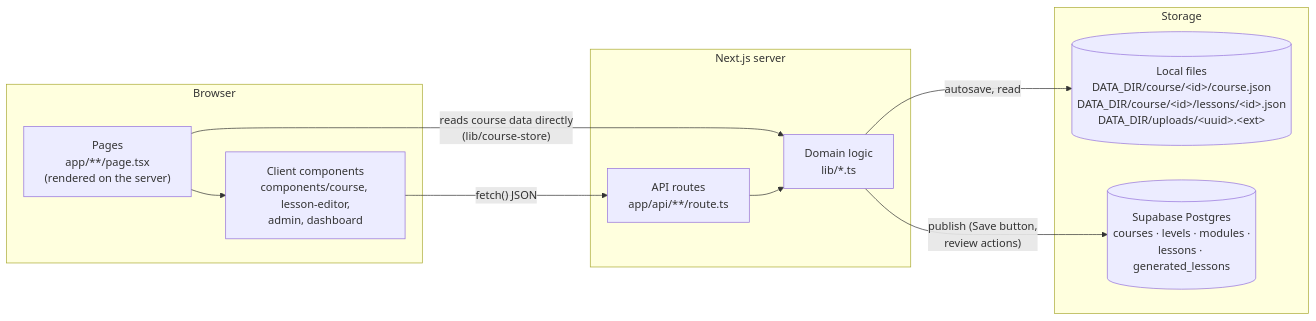
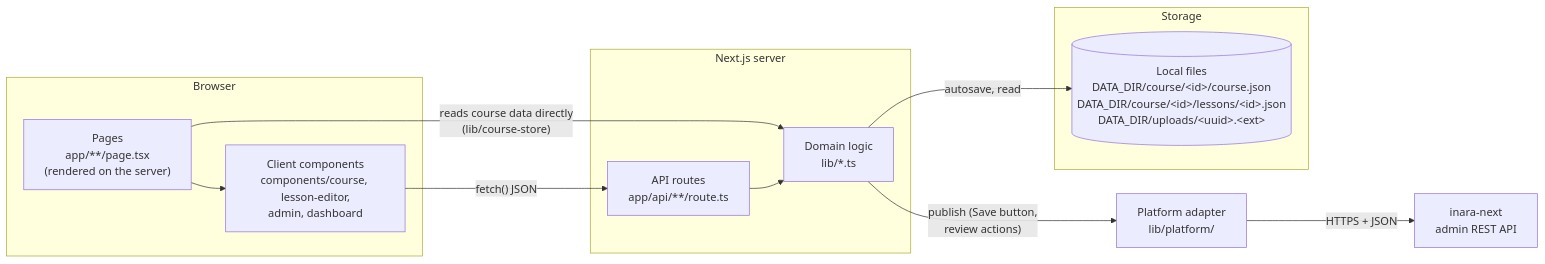
The first of 7 diagrams in docs/ARCHITECTURE.md (HafsaJavedPak/inarax-course-editor), drawn with Mermaid before and after one commit. The commit also changed other lines of this file and 99 other files, not shown here.

````diff
--- a/docs/ARCHITECTURE.md
+++ b/docs/ARCHITECTURE.md
@@ -19,22 +19,24 @@
 ```mermaid
 flowchart LR
     subgraph Browser
         P["Pages<br/>app/**/page.tsx<br/>(rendered on the server)"]
         C["Client components<br/>components/course, lesson-editor,<br/>admin, dashboard"]
     end
     subgraph Server["Next.js server"]
         R["API routes<br/>app/api/**/route.ts"]
         L["Domain logic<br/>lib/*.ts"]
     end
     subgraph Storage
         FS[("Local files<br/>DATA_DIR/course/&lt;id&gt;/course.json<br/>DATA_DIR/course/&lt;id&gt;/lessons/&lt;id&gt;.json<br/>DATA_DIR/uploads/&lt;uuid&gt;.&lt;ext&gt;")]
-        DB[("Supabase Postgres<br/>courses · levels · modules ·<br/>lessons · generated_lessons")]
     end
+    PL["Platform adapter<br/>lib/platform/"]
+    DB["inara-next<br/>admin REST API"]
 
     P -- "reads course data directly<br/>(lib/course-store)" --> L
     P --> C
     C -- "fetch() JSON" --> R
     R --> L
     L -- "autosave, read" --> FS
-    L -- "publish (Save button,<br/>review actions)" --> DB
+    L -- "publish (Save button,<br/>review actions)" --> PL
+    PL -- "HTTPS + JSON" --> DB
 ```
````
